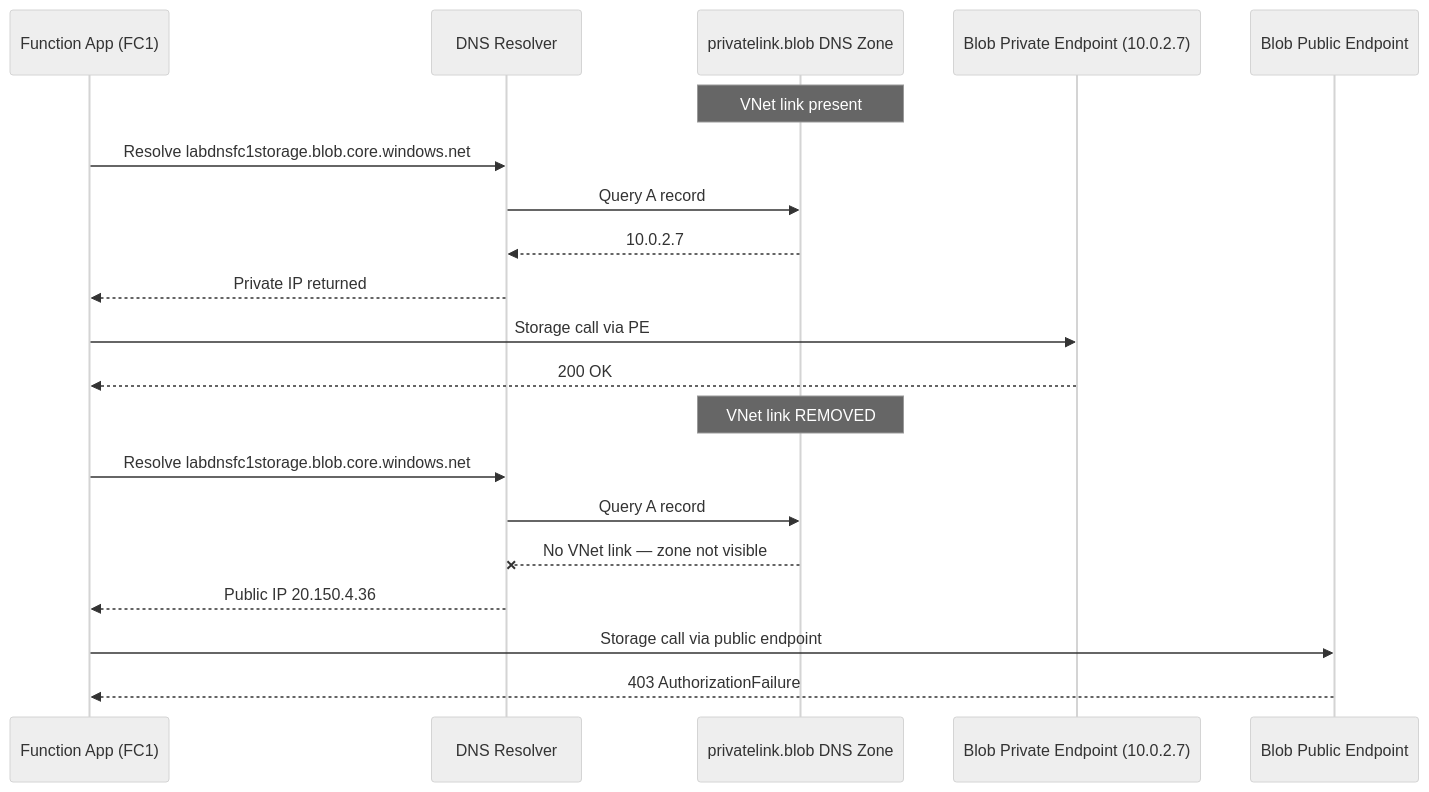
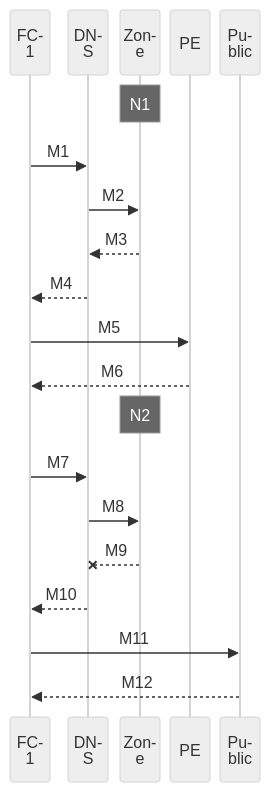
Before and after one commit to yeongseon/azure-functions-practical-guide: the second of 5 diagrams in docs/troubleshooting/lab-guides/dns-vnet-resolution.md, drawn with Mermaid (neutral theme). The commit also changed other lines of this file and 1 other file, not shown here.

First line of the commit message:
docs(diagrams): migrate Functions lab storage network auth — dns vnet resolution (#450)

````diff
--- a/docs/troubleshooting/lab-guides/dns-vnet-resolution.md
+++ b/docs/troubleshooting/lab-guides/dns-vnet-resolution.md
@@ -165,24 +178,27 @@
 ```mermaid
+%%{init: {"sequence":{"width":40,"actorMargin":10,"diagramMarginX":5,"wrap":true}}}%%
 sequenceDiagram
-    participant App as Function App (FC1)
-    participant DNS as DNS Resolver
-    participant BlobZone as privatelink.blob DNS Zone
-    participant PE as Blob Private Endpoint (10.0.2.7)
-    participant Public as Blob Public Endpoint
+    accTitle: FC1 lab DNS and storage failure progression
+    accDescr: Illustrative logical sequence with five separate roles and baseline then incident exchanges. The crossed zone exchange denotes loss of zone visibility, not a response from an unreachable zone. Historical addresses and response codes are retained in the adjacent key and signal map, not revalidated here.
+    participant App as FC1
+    participant DNS as DNS
+    participant BlobZone as Zone
+    participant PE as PE
+    participant Public as Public
 
-    Note over BlobZone: VNet link present
-    App->>DNS: Resolve labdnsfc1storage.blob.core.windows.net
-    DNS->>BlobZone: Query A record
-    BlobZone-->>DNS: 10.0.2.7
-    DNS-->>App: Private IP returned
-    App->>PE: Storage call via PE
-    PE-->>App: 200 OK
+    Note over BlobZone: N1
+    App->>DNS: M1
+    DNS->>BlobZone: M2
+    BlobZone-->>DNS: M3
+    DNS-->>App: M4
+    App->>PE: M5
+    PE-->>App: M6
 
-    Note over BlobZone: VNet link REMOVED
-    App->>DNS: Resolve labdnsfc1storage.blob.core.windows.net
-    DNS->>BlobZone: Query A record
-    BlobZone--xDNS: No VNet link — zone not visible
-    DNS-->>App: Public IP 20.150.4.36
-    App->>Public: Storage call via public endpoint
-    Public-->>App: 403 AuthorizationFailure
+    Note over BlobZone: N2
+    App->>DNS: M7
+    DNS->>BlobZone: M8
+    BlobZone--xDNS: M9
+    DNS-->>App: M10
+    App->>Public: M11
+    Public-->>App: M12
 ```
````
